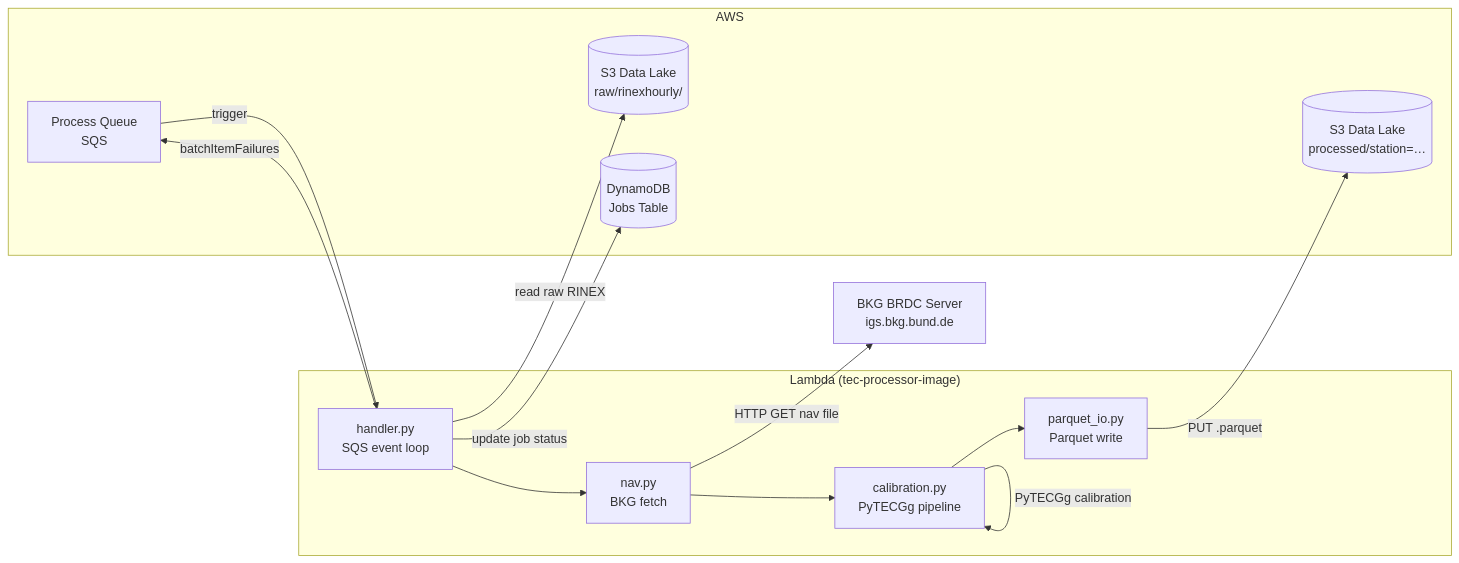
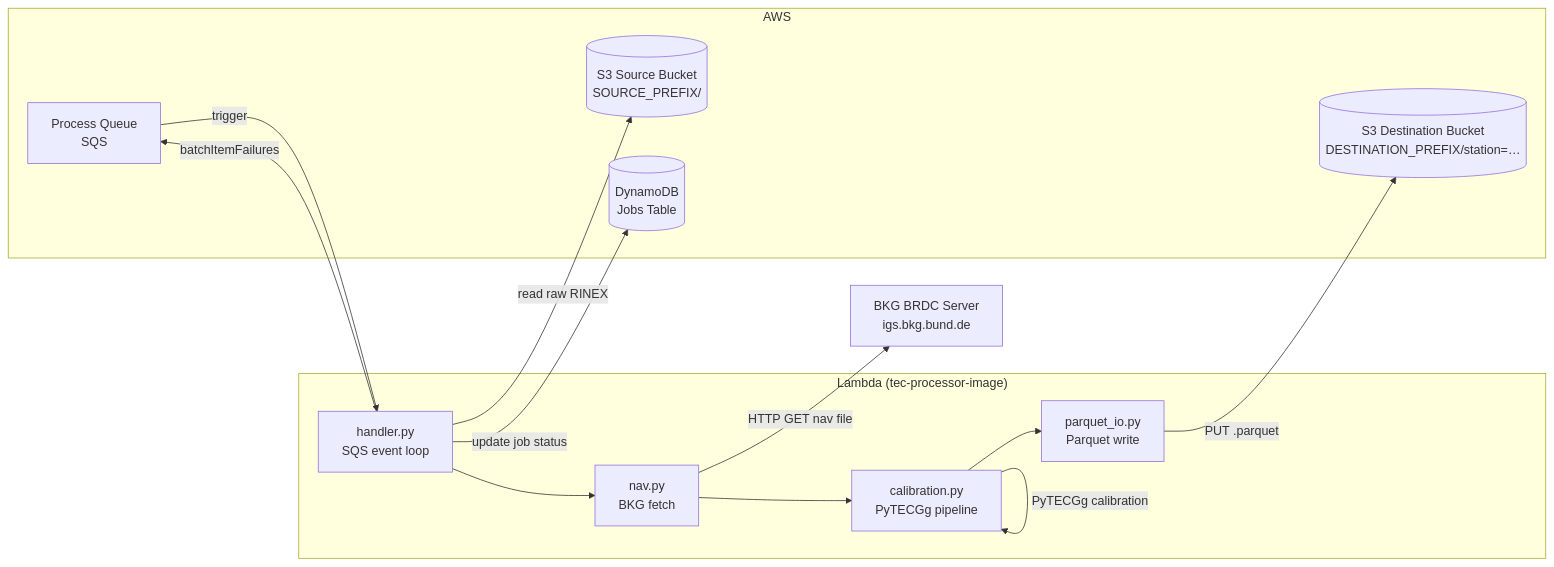
The first of 3 diagrams in .kiro/specs/tec-processor-image/design.md (platformfuzz/tec-processor-image), drawn with Mermaid before and after one commit. The commit also changed other lines of this file and 33 other files, not shown here.

````diff
--- a/.kiro/specs/tec-processor-image/design.md
+++ b/.kiro/specs/tec-processor-image/design.md
@@ -19,29 +19,29 @@
 ```mermaid
 flowchart LR
     subgraph AWS
         SQS[Process Queue<br/>SQS]
-        S3_RAW[(S3 Data Lake<br/>raw/rinexhourly/)]
-        S3_OUT[(S3 Data Lake<br/>processed/station=…)]
+        S3_RAW[(S3 Source Bucket<br/>SOURCE_PREFIX/)]
+        S3_OUT[(S3 Destination Bucket<br/>DESTINATION_PREFIX/station=…)]
         DDB[(DynamoDB<br/>Jobs Table)]
     end
 
     subgraph Lambda["Lambda (tec-processor-image)"]
         H[handler.py<br/>SQS event loop]
         N[nav.py<br/>BKG fetch]
         C[calibration.py<br/>PyTECGg pipeline]
         P[parquet_io.py<br/>Parquet write]
     end
 
     BKG[BKG BRDC Server<br/>igs.bkg.bund.de]
 
     SQS -->|trigger| H
     H -->|read raw RINEX| S3_RAW
     H --> N
     N -->|HTTP GET nav file| BKG
     N --> C
     C -->|PyTECGg calibration| C
     C --> P
     P -->|PUT .parquet| S3_OUT
     H -->|update job status| DDB
     H -->|batchItemFailures| SQS
 ```
````
